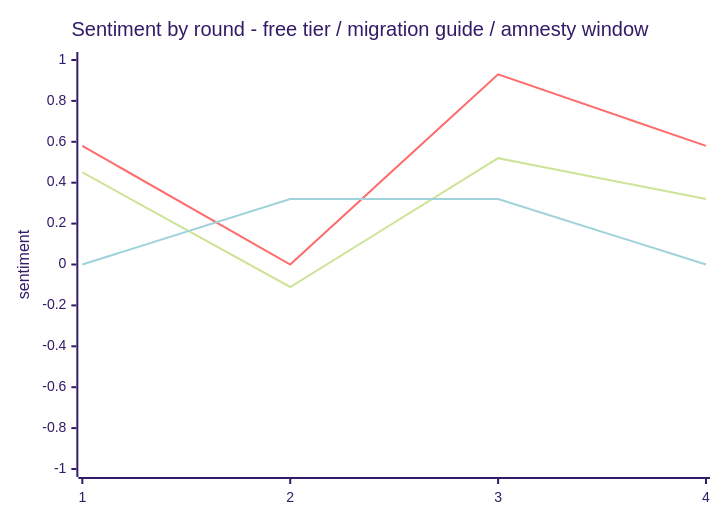
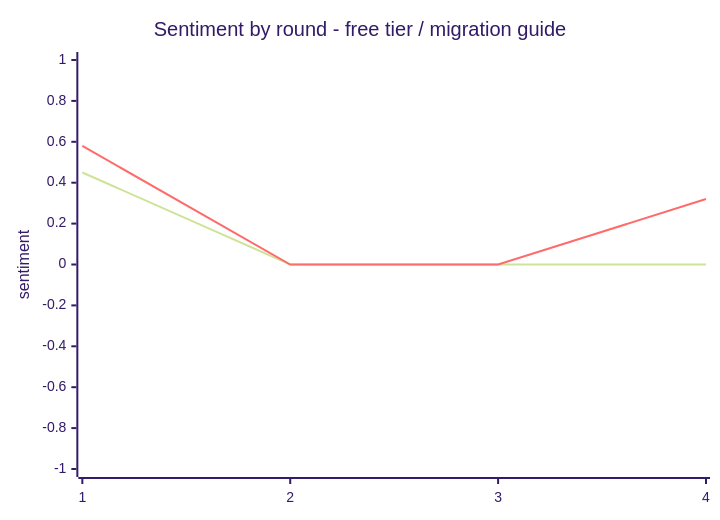
Before and after one commit to Ratz00007/murmur-mcp: the first of 3 diagrams in gallery/llm-authored-run-12x4/report-1.md, drawn with Mermaid (forest theme). The commit also changed other lines of this file and 5 other files, not shown here.

````diff
--- a/gallery/llm-authored-run-12x4/report-1.md
+++ b/gallery/llm-authored-run-12x4/report-1.md
@@ -67,9 +67,8 @@
 ```mermaid
 xychart-beta
-    title "Sentiment by round - free tier / migration guide / amnesty window"
+    title "Sentiment by round - free tier / migration guide"
     x-axis [1, 2, 3, 4]
     y-axis "sentiment" -1 --> 1
-    line [0.45, -0.11, 0.52, 0.32]
-    line [0.58, 0, 0.93, 0.58]
-    line [0, 0.32, 0.32, 0]
+    line [0.45, 0.00, 0.00, 0]
+    line [0.58, 0, 0.00, 0.32]
 ```
````
